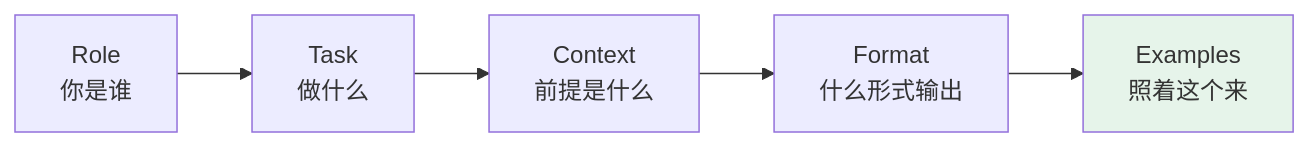
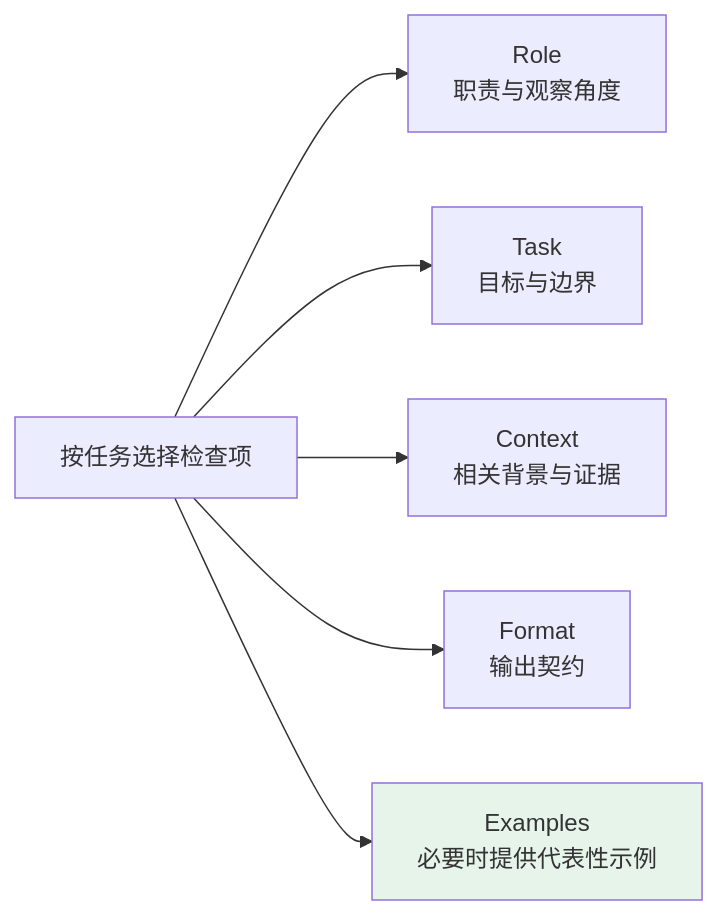
One commit to oneleaveknowsthefall/awesome-ai-roadmap changed the first of 2 diagrams in docs/llm/04-prompt-reliability/16-prompt-engineering.md. Above: the diagram before and after it, drawn with Mermaid. The commit also changed other lines of this file and 45 other files, not shown here.

````diff
--- a/docs/llm/04-prompt-reliability/16-prompt-engineering.md
+++ b/docs/llm/04-prompt-reliability/16-prompt-engineering.md
@@ -27,6 +27,10 @@
 ```mermaid
 flowchart LR
-    R["Role<br/>你是谁"] --> T["Task<br/>做什么"] --> C["Context<br/>前提是什么"] --> F["Format<br/>什么形式输出"] --> E["Examples<br/>照着这个来"]
+    Q["按任务选择检查项"] --> R["Role<br/>职责与观察角度"]
+    Q --> T["Task<br/>目标与边界"]
+    Q --> C["Context<br/>相关背景与证据"]
+    Q --> F["Format<br/>输出契约"]
+    Q --> E["Examples<br/>必要时提供代表性示例"]
 
     style E fill:#e6f4ea
 ```
````
